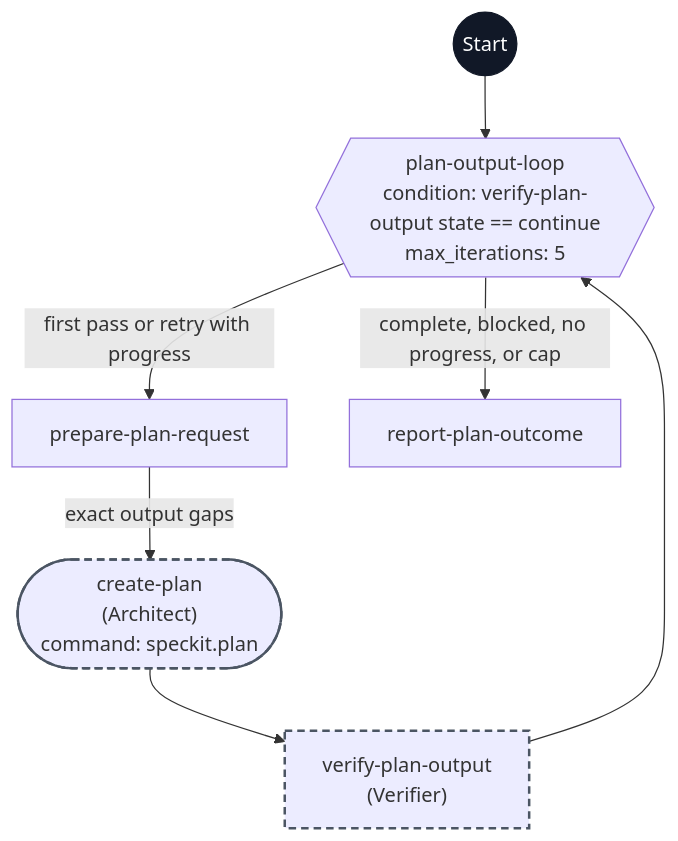
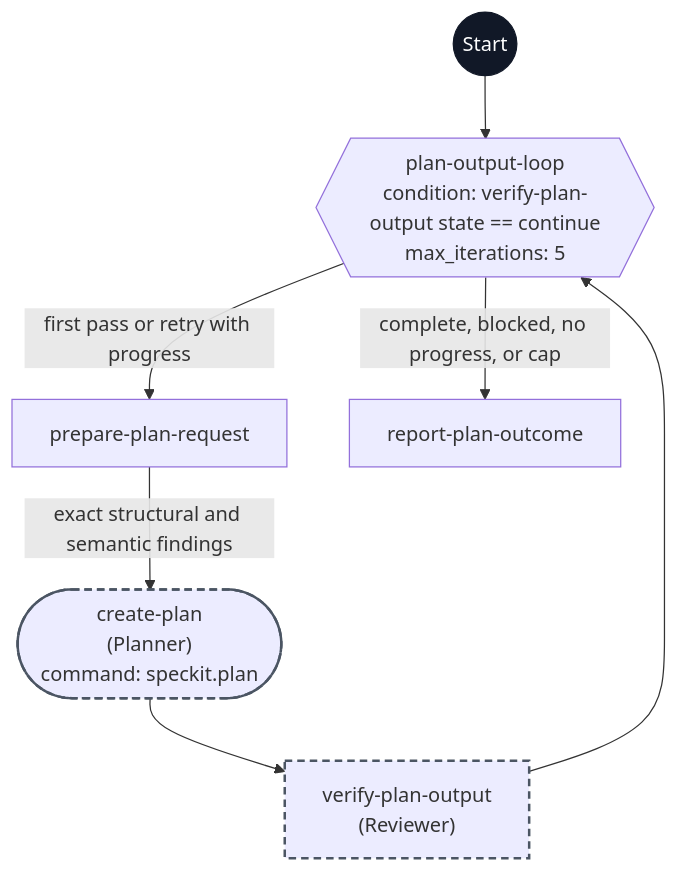
One commit to pegagio/spec-kit-flow changed the diagram in workflows/speckit-flow-plan/flowchart.md. Above: the diagram before and after it, drawn with Mermaid. The commit also changed other lines of this file and 85 other files, not shown here.

Commit message:
Checkpoint flow-kit workflows

````diff
--- a/workflows/speckit-flow-plan/flowchart.md
+++ b/workflows/speckit-flow-plan/flowchart.md
@@ -7,19 +7,19 @@
 ```mermaid
 flowchart TD
     start((Start))
     loop{{"plan-output-loop<br/>condition: verify-plan-output state == continue<br/>max_iterations: 5"}}
     prepare["prepare-plan-request"]
-    create(["create-plan<br/>(Architect)<br/>command: speckit.plan"])
-    verify["verify-plan-output<br/>(Verifier)"]
+    create(["create-plan<br/>(Planner)<br/>command: speckit.plan"])
+    verify["verify-plan-output<br/>(Reviewer)"]
     report["report-plan-outcome"]
 
     start --> loop
     loop -- first pass or retry with progress --> prepare
-    prepare -- exact output gaps --> create
+    prepare -- exact structural and semantic findings --> create
     create --> verify --> loop
     loop -- complete, blocked, no progress, or cap --> report
 
     classDef delegated stroke:#4b5563,stroke-width:2px,stroke-dasharray:6 4
     class create,verify delegated
     style start fill:#111827,stroke:#111827,color:#ffffff
 ```
````
